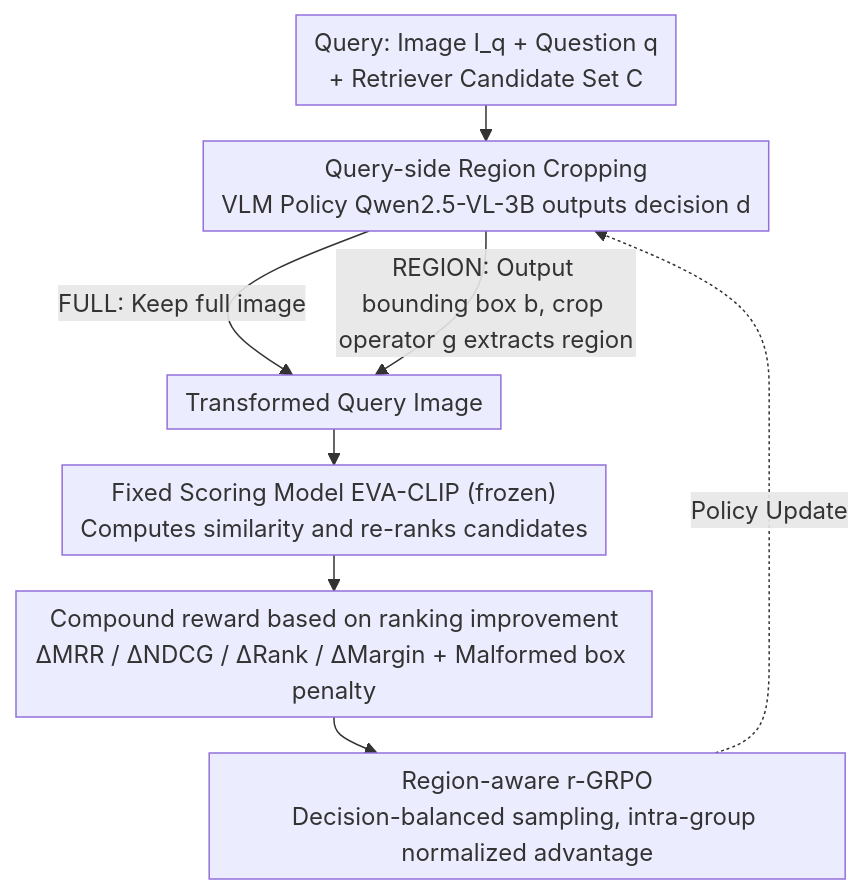
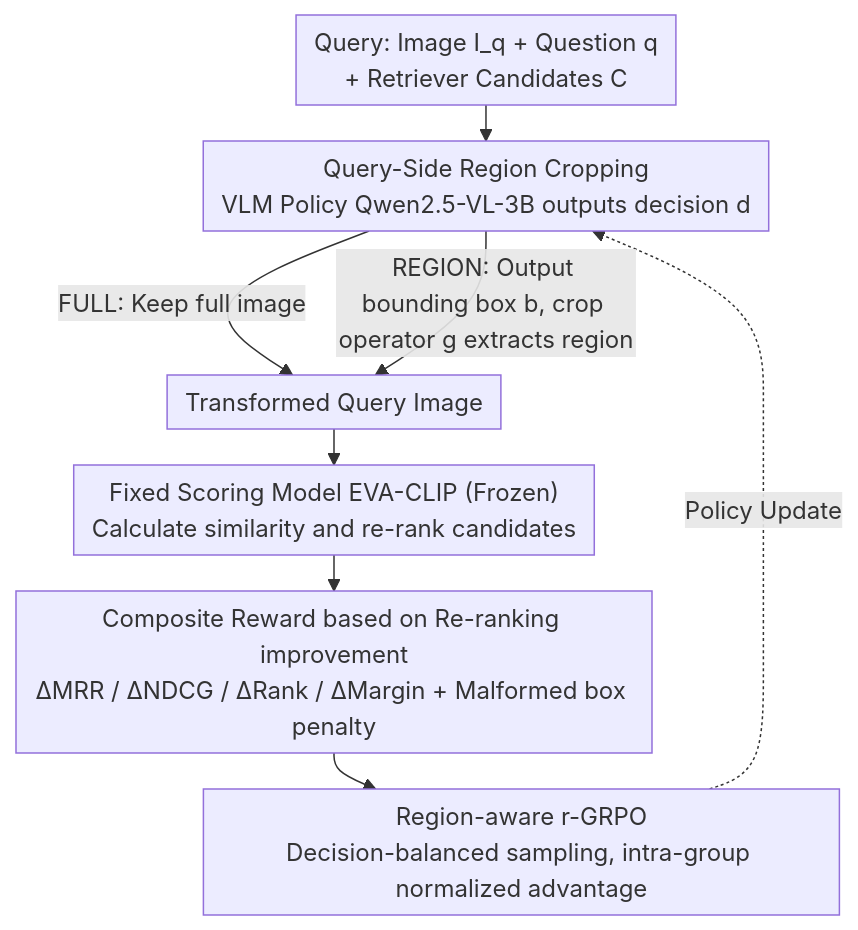
Before and after one commit to zhaoyang97/Paper-Notes-en: the diagram in docs/ACL2026/multimodal_vlm/region-r1_reinforcing_query-side_region_cropping_for_multi-modal_re-ranking.md, drawn with Mermaid. The commit also changed other lines of this file and 5084 other files, not shown here.

````diff
--- a/docs/ACL2026/multimodal_vlm/region-r1_reinforcing_query-side_region_cropping_for_multi-modal_re-ranking.md
+++ b/docs/ACL2026/multimodal_vlm/region-r1_reinforcing_query-side_region_cropping_for_multi-modal_re-ranking.md
@@ -43,11 +43,11 @@
 ```mermaid
 %%{init: {'flowchart': {'rankSpacing': 24, 'nodeSpacing': 28, 'padding': 6, 'wrappingWidth': 400}}}%%
 flowchart TD
-    A["Query: Image I_q + Question q<br/>+ Retriever Candidate Set C"] --> B["Query-side Region Cropping<br/>VLM Policy Qwen2.5-VL-3B outputs decision d"]
+    A["Query: Image I_q + Question q<br/>+ Retriever Candidates C"] --> B["Query-Side Region Cropping<br/>VLM Policy Qwen2.5-VL-3B outputs decision d"]
     B -->|"FULL: Keep full image"| D["Transformed Query Image"]
     B -->|"REGION: Output bounding box b, crop operator g extracts region"| D
-    D --> E["Fixed Scoring Model EVA-CLIP (frozen)<br/>Computes similarity and re-ranks candidates"]
-    E --> F["Compound reward based on ranking improvement<br/>ΔMRR / ΔNDCG / ΔRank / ΔMargin + Malformed box penalty"]
+    D --> E["Fixed Scoring Model EVA-CLIP (Frozen)<br/>Calculate similarity and re-rank candidates"]
+    E --> F["Composite Reward based on Re-ranking improvement<br/>ΔMRR / ΔNDCG / ΔRank / ΔMargin + Malformed box penalty"]
     F --> G["Region-aware r-GRPO<br/>Decision-balanced sampling, intra-group normalized advantage"]
     G -.->|"Policy Update"| B
 ```
````
